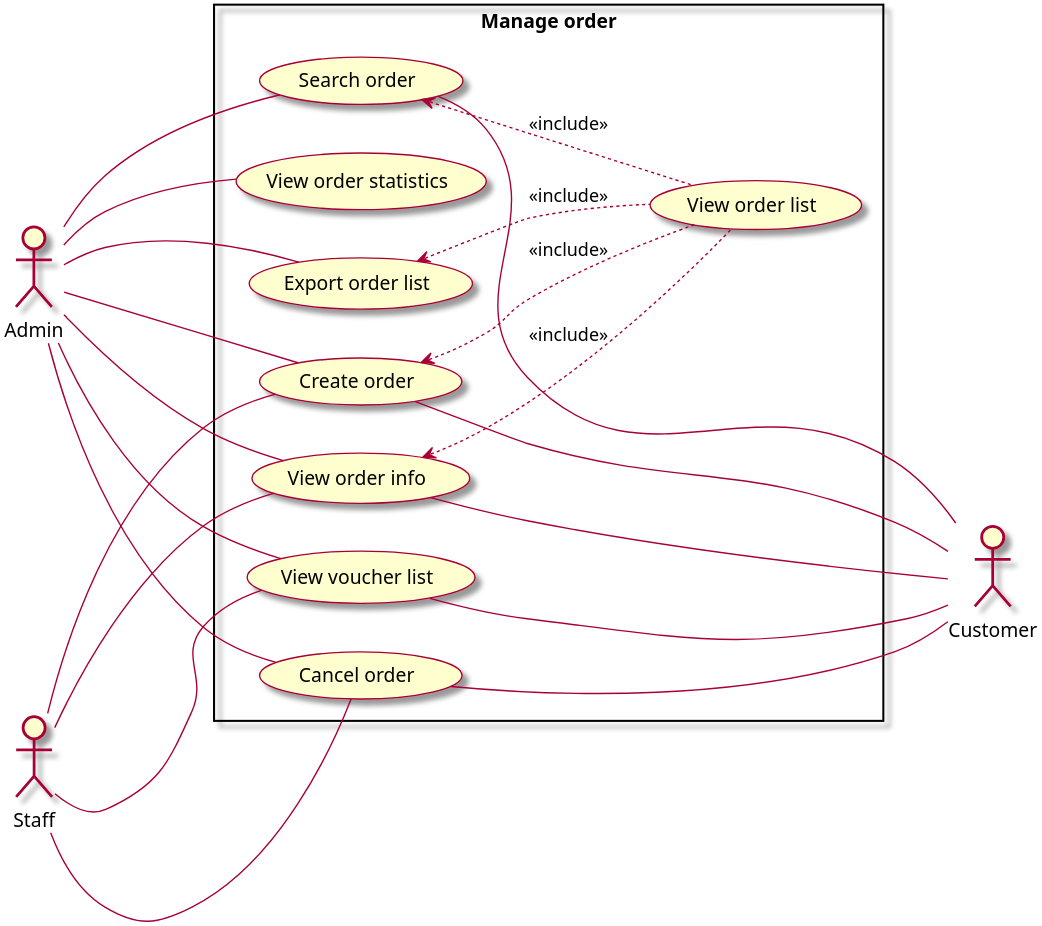
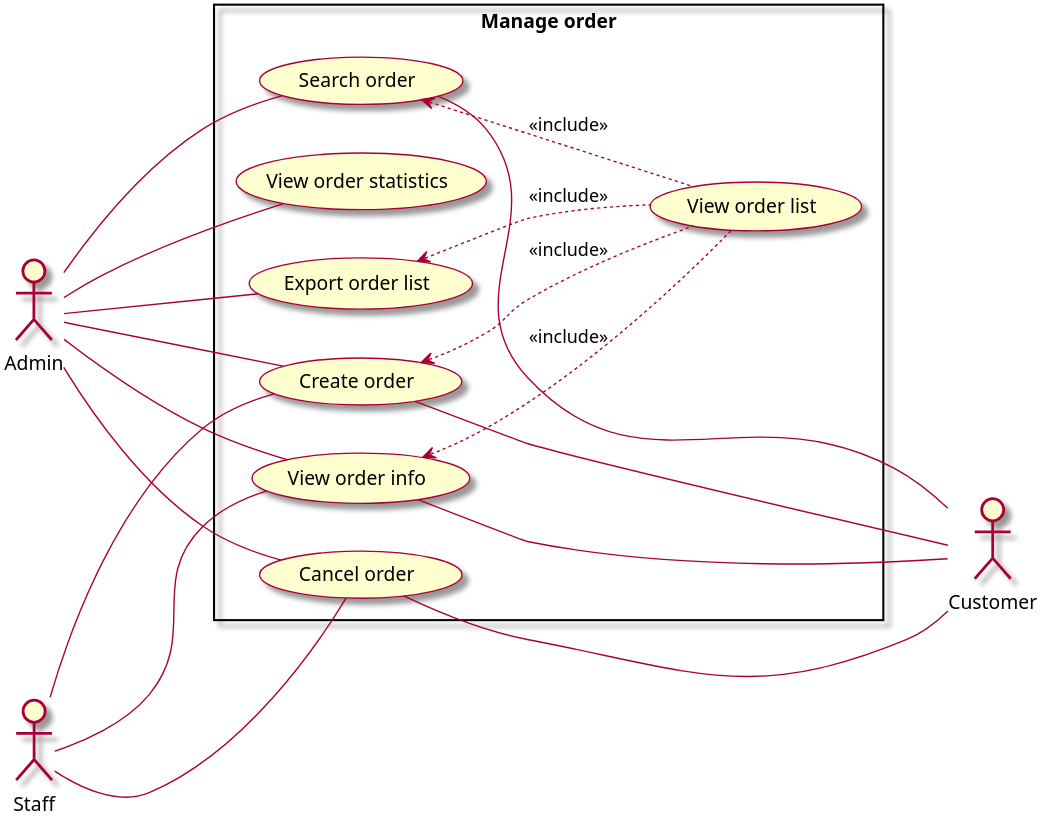
Before and after one commit to Marowota/ecommerce-plantuml: the diagram in Usecase/4. ManageOrder.puml, drawn with PlantUML. The commit also changed 6 other files, not shown here.

```diff
--- a/Usecase/4. ManageOrder.puml
+++ b/Usecase/4. ManageOrder.puml
@@ -1,47 +1,47 @@
 @startuml ManageOrder
 
 left to right direction
 scale 3
 skin rose
 
 actor Admin as admin
 actor Customer as customer
 actor Staff as staff
 
 rectangle "Manage order" {
     usecase (View order info) as xttdh
     usecase (View order list) as xdsdh
-    usecase (View voucher list) as xdsv
+    ' usecase (View voucher list) as xdsv
     usecase (Export order list) as xudsdh
     usecase (Create order) as tdh
     usecase (Cancel order) as hdh
     usecase (Search order) as tkdh
     usecase (View order statistics) as xtkdh
 }
 
 admin --- xttdh
-admin --- xdsv
+' admin --- xdsv
 admin --- xudsdh    
 admin --- tdh
 admin --- hdh
 admin --- tkdh
 admin --- xtkdh
 
 xttdh --- customer
-xdsv --- customer
+' xdsv --- customer
 tdh --- customer
 hdh --- customer
 tkdh --- customer
 
 staff --- tdh
 staff --- xttdh
-staff --- xdsv
+' staff --- xdsv
 staff --- hdh
 
 xudsdh <.. xdsdh : <<include>>
 tkdh <.. xdsdh : <<include>>
 tdh <.. xdsdh : <<include>>
 xttdh <.. xdsdh : <<include>>
 
 
 @enduml
```
